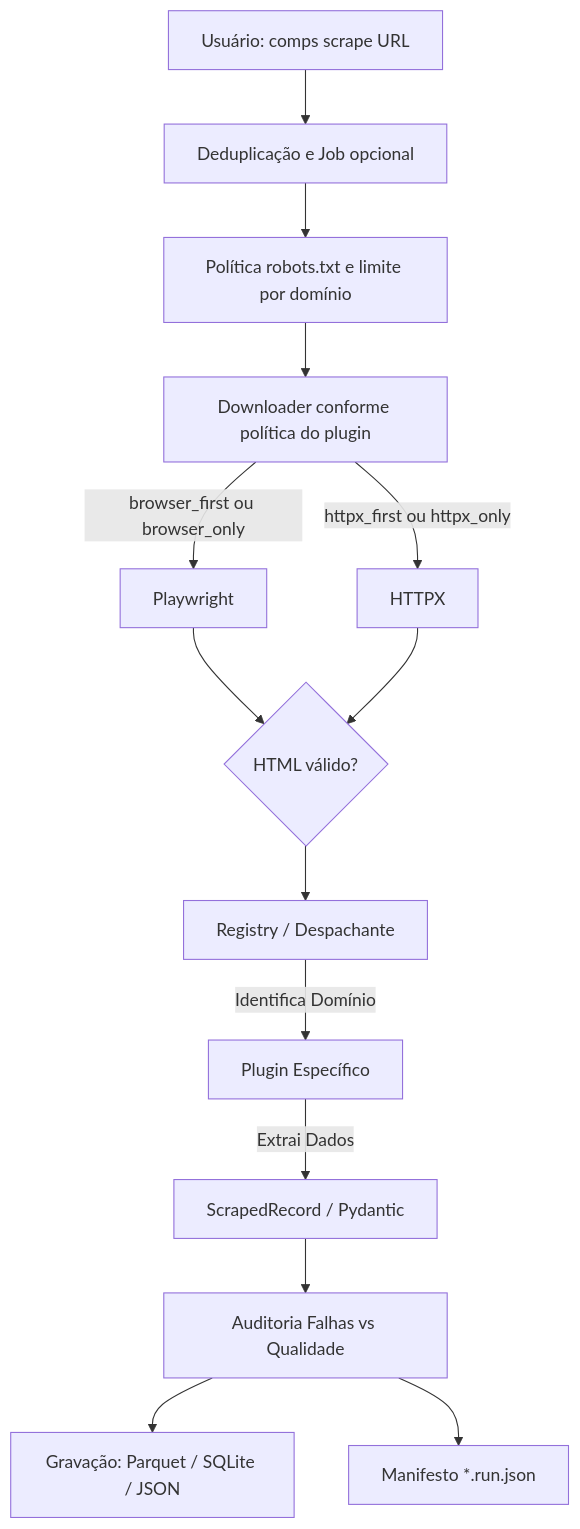
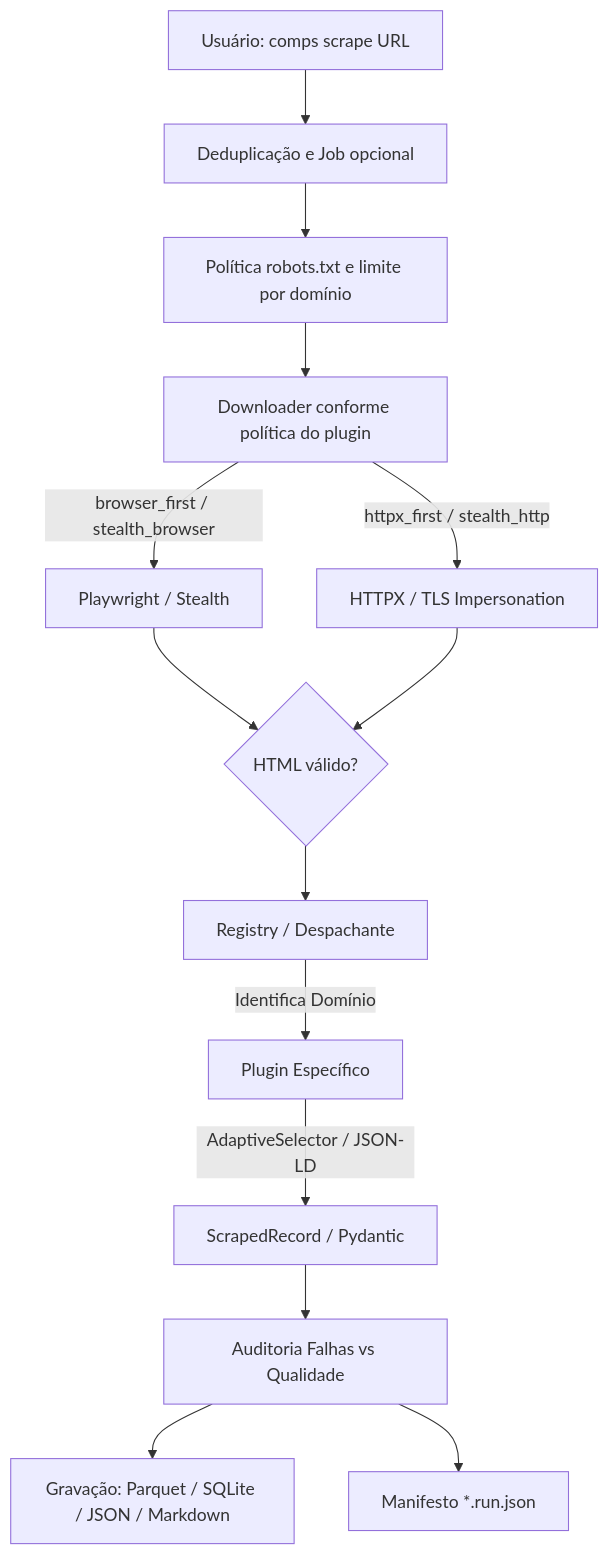
One commit to elycbarros/compsognathus changed the diagram in O_QUE_SOU.md. Above: the diagram before and after it, drawn with Mermaid. The commit also changed other lines of this file and 14 other files, not shown here.

First line of the commit message:
feat: adicionar transporte stealth, seletores adaptativos, exportação markdown e testes de stress

````diff
--- a/O_QUE_SOU.md
+++ b/O_QUE_SOU.md
@@ -76,16 +78,16 @@
 ```mermaid
 flowchart TD
     A[Usuário: comps scrape URL] --> B[Deduplicação e Job opcional]
     B --> C[Política robots.txt e limite por domínio]
     C --> D[Downloader conforme política do plugin]
-    D -->|browser_first ou browser_only| E[Playwright]
-    D -->|httpx_first ou httpx_only| F[HTTPX]
+    D -->|browser_first / stealth_browser| E[Playwright / Stealth]
+    D -->|httpx_first / stealth_http| F[HTTPX / TLS Impersonation]
     E --> G{HTML válido?}
     F --> G
     G --> H[Registry / Despachante]
     H -->|Identifica Domínio| I[Plugin Específico]
-    I -->|Extrai Dados| J[ScrapedRecord / Pydantic]
+    I -->|AdaptiveSelector / JSON-LD| J[ScrapedRecord / Pydantic]
     J --> K[Auditoria Falhas vs Qualidade]
-    K --> L[Gravação: Parquet / SQLite / JSON]
+    K --> L[Gravação: Parquet / SQLite / JSON / Markdown]
     K --> M[Manifesto *.run.json]
 ```
````
